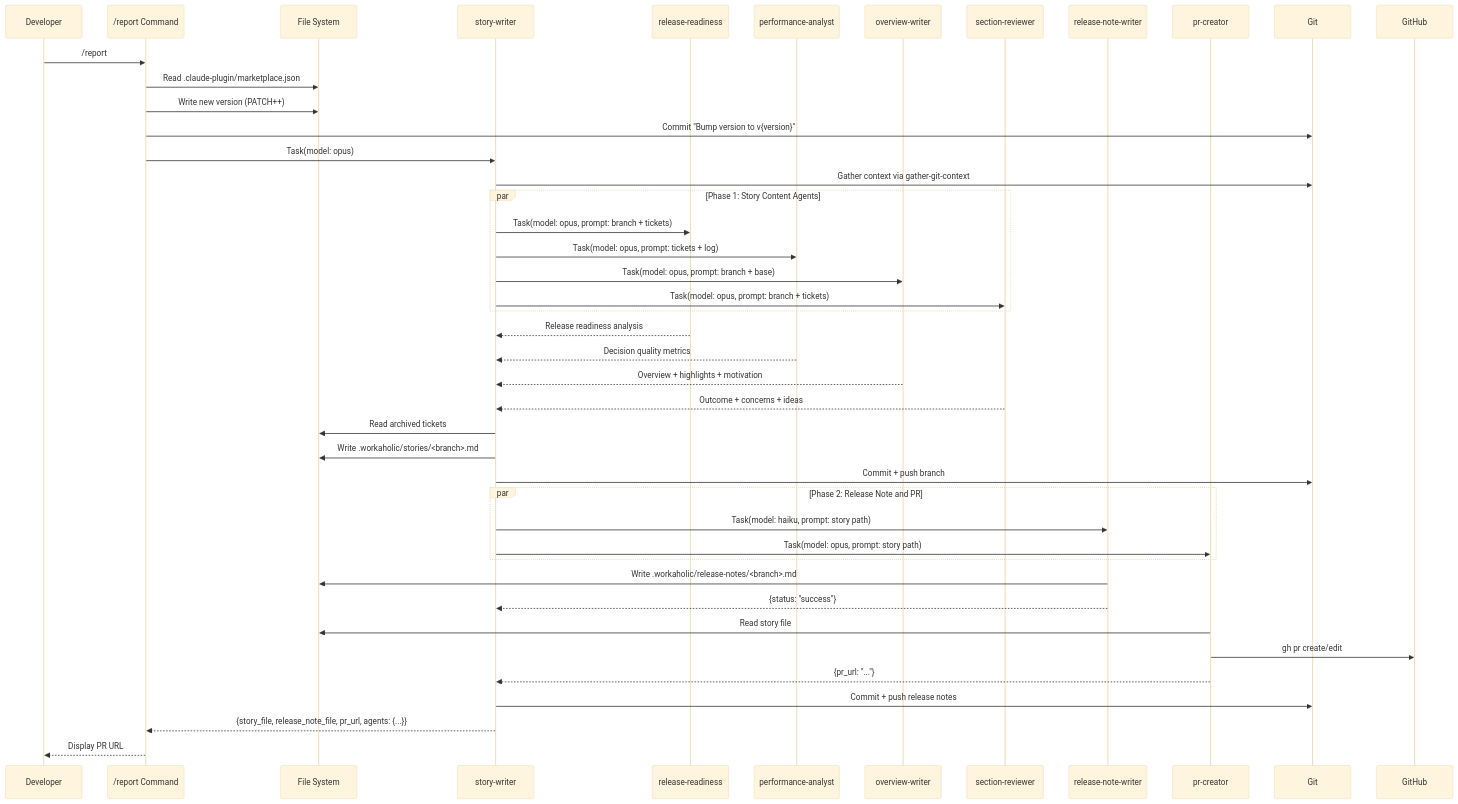
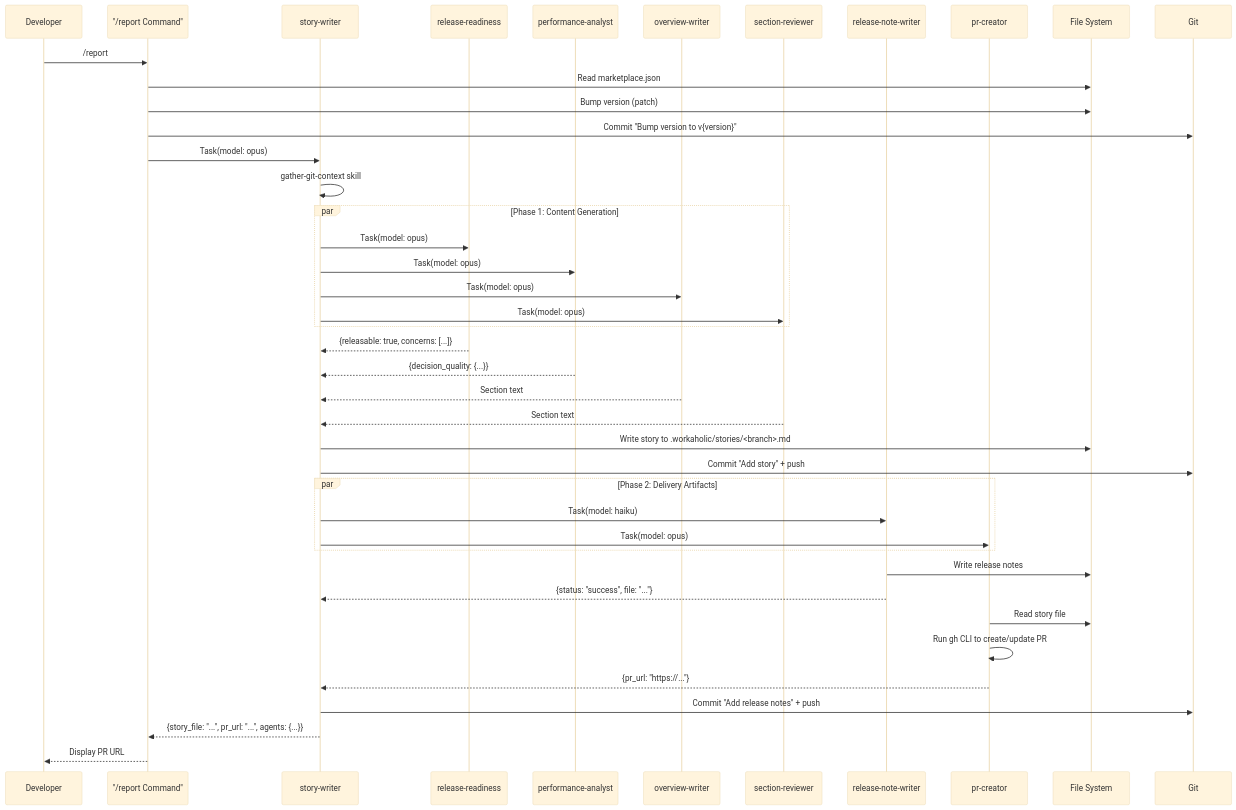
The fourth of 6 diagrams in .workaholic/specs/usecase.md (qmu/workaholic), drawn with Mermaid (base theme) before and after one commit. The commit also changed other lines of this file and 36 other files, not shown here.

````diff
--- a/.workaholic/specs/usecase.md
+++ b/.workaholic/specs/usecase.md
@@ -320,55 +363,54 @@
 ```mermaid
 sequenceDiagram
     participant Dev as Developer
-    participant Cmd as /report Command
-    participant FS as File System
+    participant Cmd as "/report Command"
     participant SW as story-writer
     participant RR as release-readiness
     participant PA as performance-analyst
     participant OW as overview-writer
     participant SR as section-reviewer
     participant RNW as release-note-writer
-    participant PRC as pr-creator
+    participant PC as pr-creator
+    participant FS as File System
     participant Git as Git
-    participant GH as GitHub
 
     Dev->>Cmd: /report
-    Cmd->>FS: Read .claude-plugin/marketplace.json
-    Cmd->>FS: Write new version (PATCH++)
+    Cmd->>FS: Read marketplace.json
+    Cmd->>FS: Bump version (patch)
     Cmd->>Git: Commit "Bump version to v{version}"
 
     Cmd->>SW: Task(model: opus)
-    SW->>Git: Gather context via gather-git-context
+    SW->>SW: gather-git-context skill
 
-    par Phase 1: Story Content Agents
-        SW->>RR: Task(model: opus, prompt: branch + tickets)
-        SW->>PA: Task(model: opus, prompt: tickets + log)
-        SW->>OW: Task(model: opus, prompt: branch + base)
-        SW->>SR: Task(model: opus, prompt: branch + tickets)
+    par Phase 1: Content Generation
+        SW->>RR: Task(model: opus)
+        SW->>PA: Task(model: opus)
+        SW->>OW: Task(model: opus)
+        SW->>SR: Task(model: opus)
     end
 
-    RR-->>SW: Release readiness analysis
-    PA-->>SW: Decision quality metrics
-    OW-->>SW: Overview + highlights + motivation
-    SR-->>SW: Outcome + concerns + ideas
+    RR-->>SW: {releasable: true, concerns: [...]}
+    PA-->>SW: {decision_quality: {...}}
+    OW-->>SW: Section text
+    SR-->>SW: Section text
 
-    SW->>FS: Read archived tickets
-    SW->>FS: Write .workaholic/stories/<branch>.md
-    SW->>Git: Commit + push branch
+    SW->>FS: Write story to .workaholic/stories/<branch>.md
+    SW->>Git: Commit "Add story" + push
 
-    par Phase 2: Release Note and PR
-        SW->>RNW: Task(model: haiku, prompt: story path)
-        SW->>PRC: Task(model: opus, prompt: story path)
+    par Phase 2: Delivery Artifacts
+        SW->>RNW: Task(model: haiku)
+        SW->>PC: Task(model: opus)
     end
 
-    RNW->>FS: Write .workaholic/release-notes/<branch>.md
-    RNW-->>SW: {status: "success"}
+    RNW->>FS: Write release notes
+    RNW-->>SW: {status: "success", file: "..."}
 
-    PRC->>FS: Read story file
-    PRC->>GH: gh pr create/edit
-    PRC-->>SW: {pr_url: "..."}
+    PC->>FS: Read story file
+    PC->>PC: Run gh CLI to create/update PR
+    PC-->>SW: {pr_url: "https://..."}
 
-    SW->>Git: Commit + push release notes
-    SW-->>Cmd: {story_file, release_note_file, pr_url, agents: {...}}
+    SW->>Git: Commit "Add release notes" + push
+    SW-->>Cmd: {story_file: "...", pr_url: "...", agents: {...}}
+
     Cmd-->>Dev: Display PR URL
 ```
````
